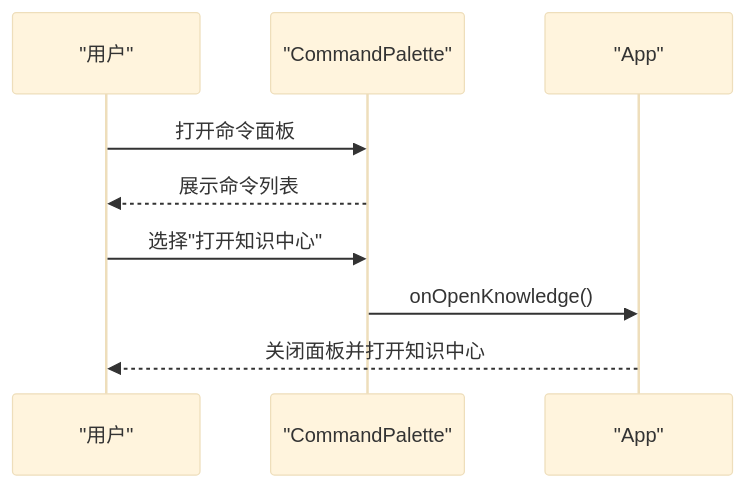
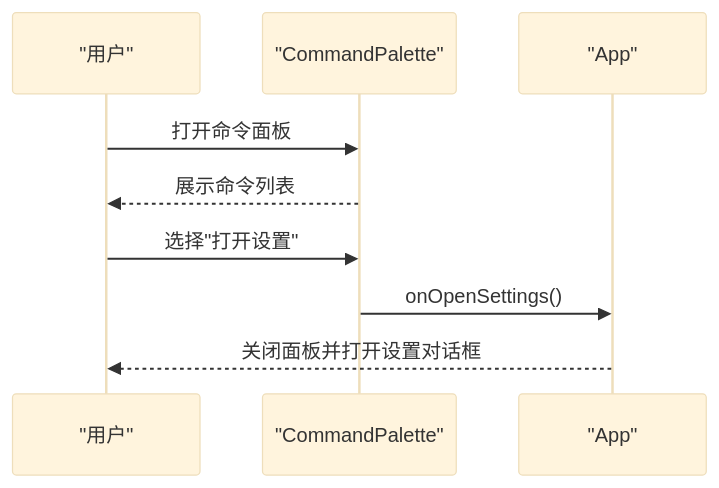
Before and after one commit to coconilu/RepoHelm: the fourth of 19 diagrams in .qoder/repowiki/zh/content/Web 前端应用/Web 前端应用.md, drawn with Mermaid (base theme). The commit also changed other lines of this file and 12 other files, not shown here.

````diff
--- a/.qoder/repowiki/zh/content/Web 前端应用/Web 前端应用.md
+++ b/.qoder/repowiki/zh/content/Web 前端应用/Web 前端应用.md
@@ -257,11 +280,11 @@
 ```mermaid
 sequenceDiagram
 participant U as "用户"
 participant CP as "CommandPalette"
 participant A as "App"
 U->>CP : 打开命令面板
 CP-->>U : 展示命令列表
-U->>CP : 选择"打开知识中心"
-CP->>A : onOpenKnowledge()
-A-->>U : 关闭面板并打开知识中心
+U->>CP : 选择"打开设置"
+CP->>A : onOpenSettings()
+A-->>U : 关闭面板并打开设置对话框
 ```
````
